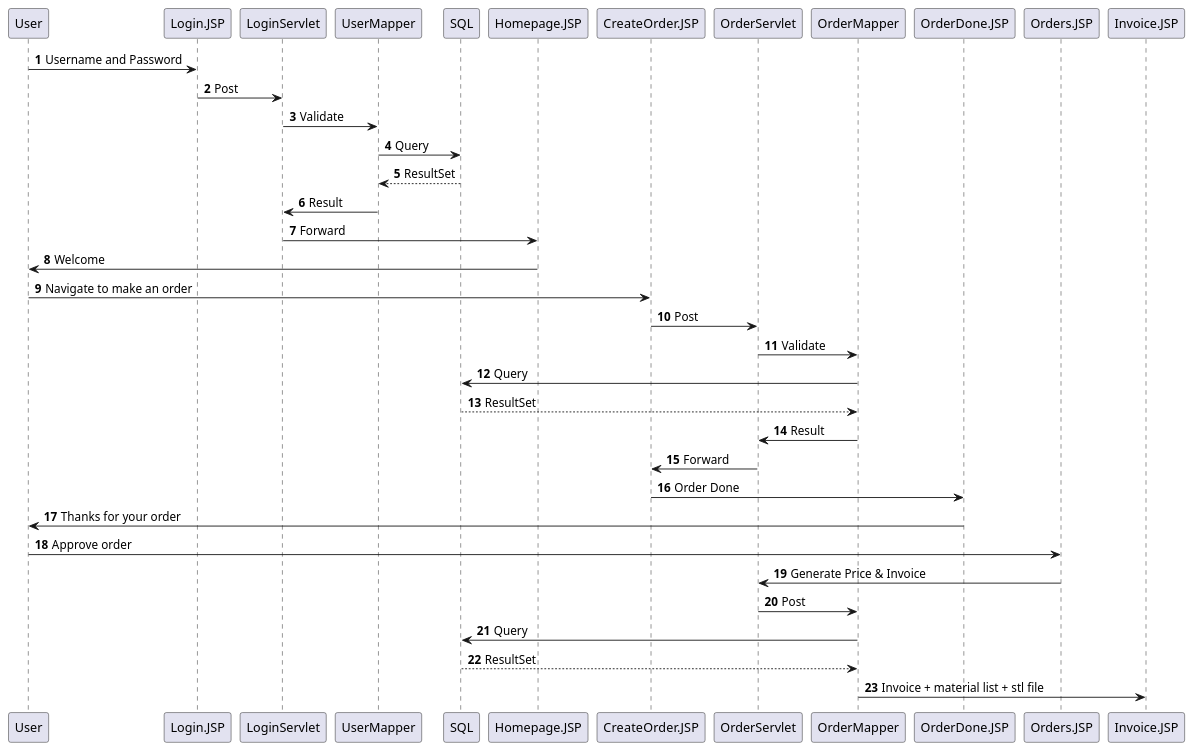
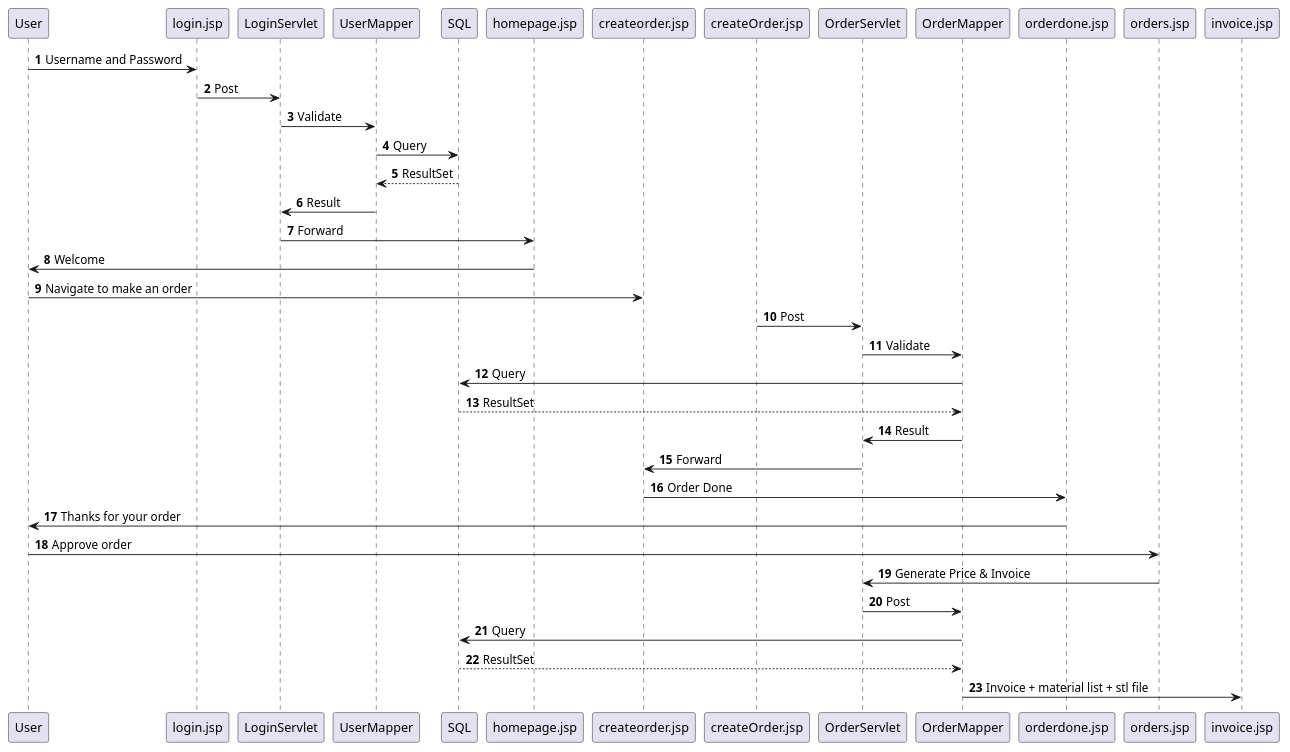
The diagram in documentation/SqMockup.puml (HeinLarsen/fog-carport), drawn with PlantUML before and after one commit. The commit also changed 6 other files, not shown here.

```diff
--- a/documentation/SqMockup.puml
+++ b/documentation/SqMockup.puml
@@ -1,33 +1,33 @@
 @startuml
 'https://plantuml.com/sequence-diagram
 
 autonumber
 
-User -> Login.JSP: Username and Password
-Login.JSP -> LoginServlet: Post
+User -> login.jsp: Username and Password
+login.jsp -> LoginServlet: Post
 LoginServlet -> UserMapper: Validate
 UserMapper -> SQL: Query
 SQL --> UserMapper: ResultSet
 UserMapper -> LoginServlet: Result
-LoginServlet -> Homepage.JSP: Forward
-Homepage.JSP -> User: Welcome
+LoginServlet -> homepage.jsp: Forward
+homepage.jsp -> User: Welcome
 
-User -> CreateOrder.JSP: Navigate to make an order
-CreateOrder.JSP -> OrderServlet: Post
+User -> createorder.jsp: Navigate to make an order
+createOrder.jsp -> OrderServlet: Post
 OrderServlet -> OrderMapper: Validate
 OrderMapper -> SQL: Query
 SQL --> OrderMapper: ResultSet
 OrderMapper -> OrderServlet: Result
-OrderServlet -> CreateOrder.JSP: Forward
-CreateOrder.JSP -> OrderDone.JSP: Order Done
-OrderDone.JSP -> User: Thanks for your order
+OrderServlet -> createorder.jsp: Forward
+createorder.jsp -> orderdone.jsp: Order Done
+orderdone.jsp -> User: Thanks for your order
 
-User -> Orders.JSP: Approve order
-Orders.JSP -> OrderServlet: Generate Price & Invoice
+User -> orders.jsp: Approve order
+orders.jsp -> OrderServlet: Generate Price & Invoice
 OrderServlet -> OrderMapper: Post
 OrderMapper -> SQL: Query
 SQL --> OrderMapper: ResultSet
-OrderMapper -> Invoice.JSP: Invoice + material list + stl file
+OrderMapper -> invoice.jsp: Invoice + material list + stl file
 
 
 @enduml
```
